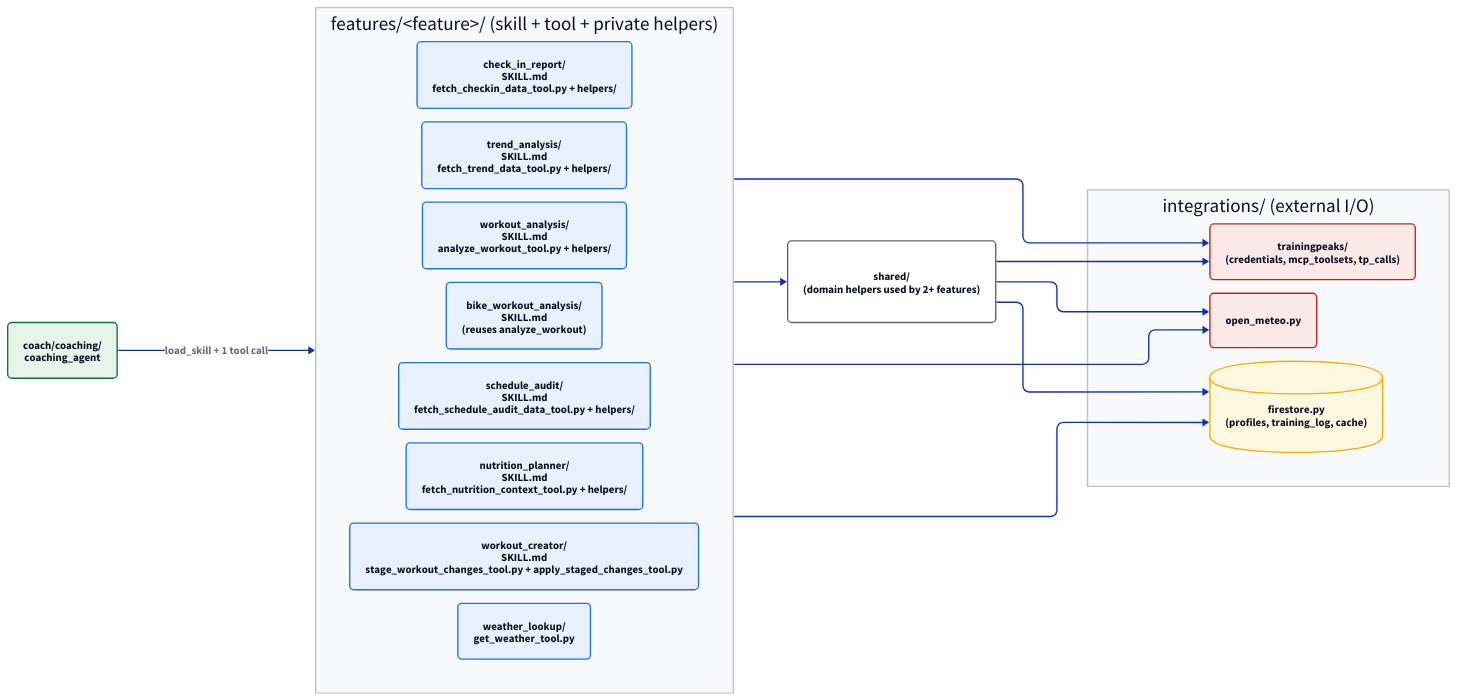
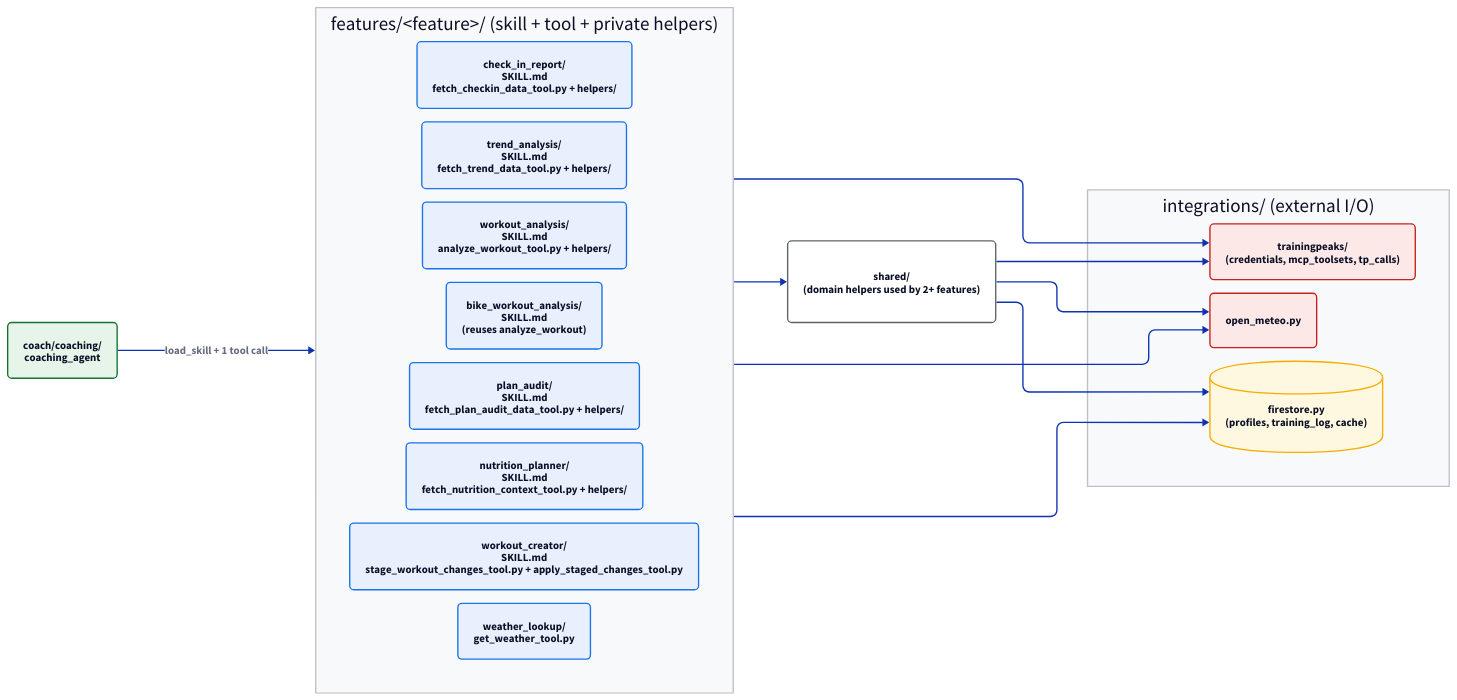
One commit to cy-visser/runningagent changed the diagram in docs/diagrams/03_skill_facades.d2. Above: the diagram before and after it, drawn with D2. The commit also changed 41 other files, not shown here.

Commit message:
Rename schedule audit feature to plan_audit (skill plan-audit, tool fetch_plan_audit_data)

```diff
--- a/docs/diagrams/03_skill_facades.d2
+++ b/docs/diagrams/03_skill_facades.d2
@@ -1,51 +1,51 @@
 direction: right
 
 vars: {
   d2-config: {
     layout-engine: elk
   }
 }
 
 classes: {
   skill: {style.fill: "#f3e8fd"; style.stroke: "#8430ce"; style.border-radius: 6}
   facade: {style.fill: "#e8f0fe"; style.stroke: "#1a73e8"; style.border-radius: 6}
   helper: {style.fill: "#ffffff"; style.stroke: "#5f6368"; style.border-radius: 6}
   ext: {style.fill: "#fce8e6"; style.stroke: "#c5221f"; style.border-radius: 6}
   data: {shape: cylinder; style.fill: "#fff8e1"; style.stroke: "#f9ab00"}
   ai: {style.fill: "#e6f4ea"; style.stroke: "#137333"; style.border-radius: 6; style.bold: true}
 }
 
 coach: "coach/coaching/\ncoaching_agent" {class: ai}
 
 features: "features/<feature>/ (skill + tool + private helpers)" {
   style.fill: "#f8f9fa"
   style.stroke: "#bdc1c6"
 
   ci: "check_in_report/\nSKILL.md\nfetch_checkin_data_tool.py + helpers/" {class: facade}
   ta: "trend_analysis/\nSKILL.md\nfetch_trend_data_tool.py + helpers/" {class: facade}
   wa: "workout_analysis/\nSKILL.md\nanalyze_workout_tool.py + helpers/" {class: facade}
   bwa: "bike_workout_analysis/\nSKILL.md\n(reuses analyze_workout)" {class: facade}
-  sa: "schedule_audit/\nSKILL.md\nfetch_schedule_audit_data_tool.py + helpers/" {class: facade}
+  sa: "plan_audit/\nSKILL.md\nfetch_plan_audit_data_tool.py + helpers/" {class: facade}
   np: "nutrition_planner/\nSKILL.md\nfetch_nutrition_context_tool.py + helpers/" {class: facade}
   wc: "workout_creator/\nSKILL.md\nstage_workout_changes_tool.py + apply_staged_changes_tool.py" {class: facade}
   wl: "weather_lookup/\nget_weather_tool.py" {class: facade}
 }
 
 shared: "shared/\n(domain helpers used by 2+ features)" {class: helper}
 
 integrations: "integrations/ (external I/O)" {
   style.fill: "#f8f9fa"
   style.stroke: "#bdc1c6"
   tp: "trainingpeaks/\n(credentials, mcp_toolsets, tp_calls)" {class: ext}
   meteo: "open_meteo.py" {class: ext}
   fs: "firestore.py\n(profiles, training_log, cache)" {class: data}
 }
 
 coach -> features: "load_skill + 1 tool call" {style.bold: true}
 features -> shared
 features -> integrations.tp
 features -> integrations.meteo
 features -> integrations.fs
 shared -> integrations.tp
 shared -> integrations.meteo
 shared -> integrations.fs
```
